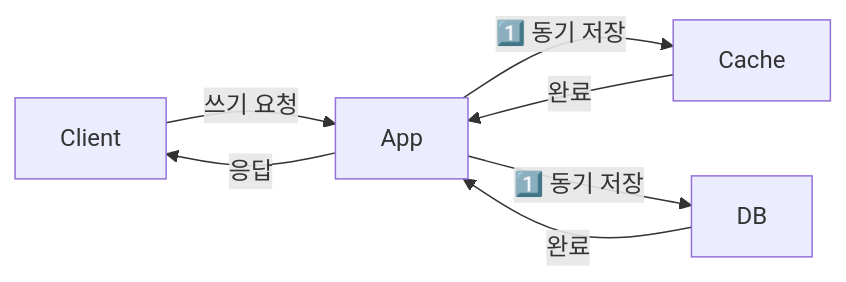
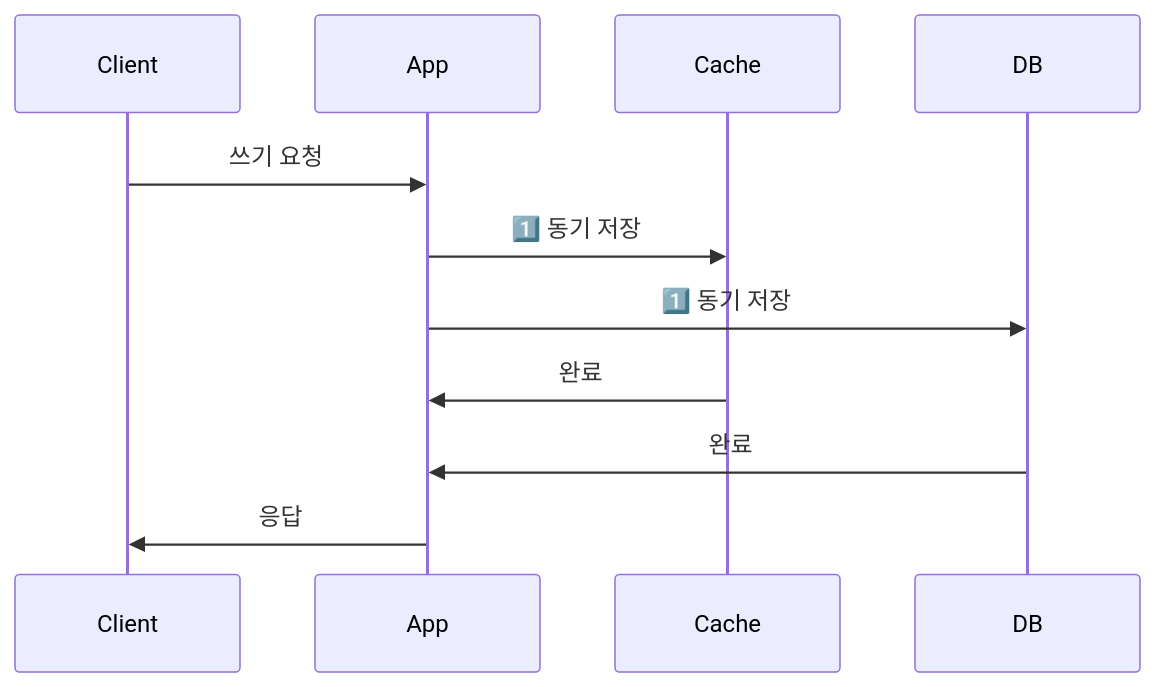
One commit to yjkim2015/yjkim2015.github.io changed the third of 6 diagrams in _posts/caching/2026-05-01-caching-strategy.md. Above: the diagram before and after it, drawn with Mermaid. The commit also changed other lines of this file and 89 other files, not shown here.

First line of the commit message:
복잡한 flowchart 163개 → sequenceDiagram 변환 (90파일)

````diff
--- a/_posts/caching/2026-05-01-caching-strategy.md
+++ b/_posts/caching/2026-05-01-caching-strategy.md
@@ -155,9 +155,9 @@
 ```mermaid
-graph LR
-    Client -->|"쓰기 요청"| App
-    App -->|"1️⃣ 동기 저장"| Cache
-    App -->|"1️⃣ 동기 저장"| DB
-    Cache -->|"완료"| App
-    DB -->|"완료"| App
-    App -->|"응답"| Client
+sequenceDiagram
+    Client->>App: 쓰기 요청
+    App->>Cache: 1️⃣ 동기 저장
+    App->>DB: 1️⃣ 동기 저장
+    Cache->>App: 완료
+    DB->>App: 완료
+    App->>Client: 응답
 ```
````
